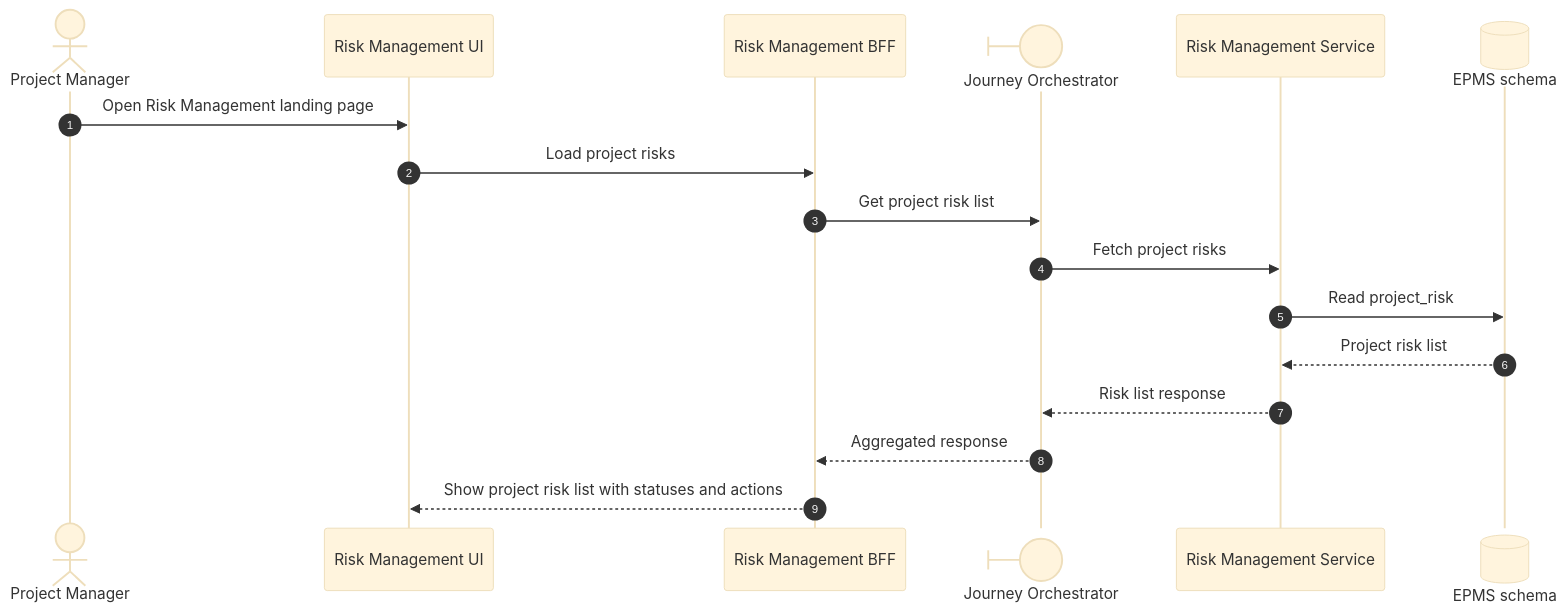
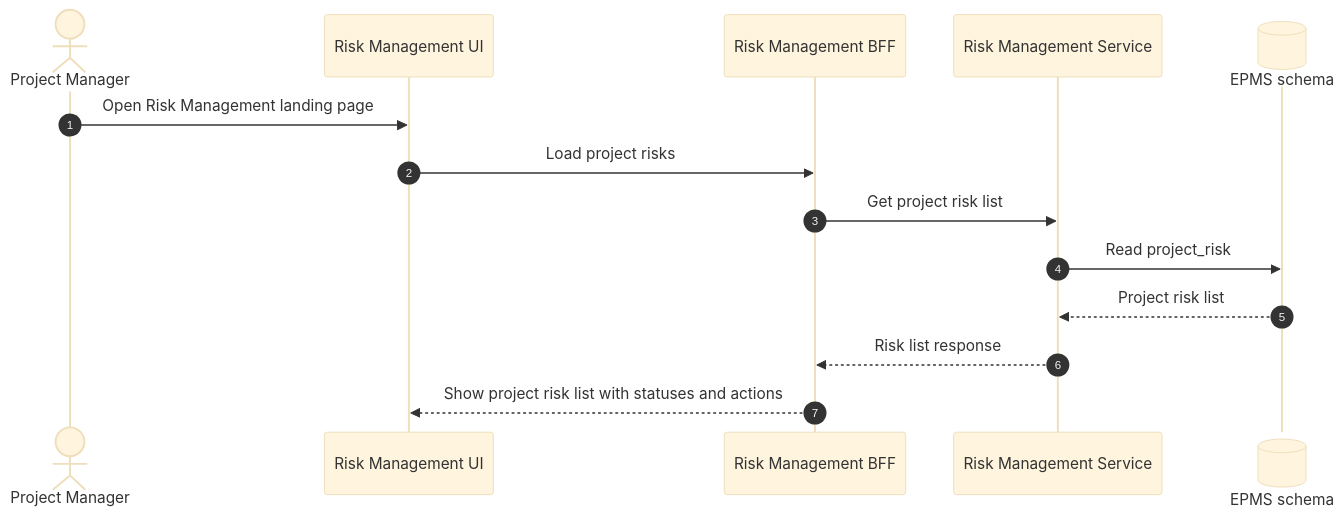
The diagram in 02 Solution Architecture/diagrams/Risk/ViewProject Risk with Archetype Prepopulation.mmd (sougata2000/epms), drawn with Mermaid before and after one commit. The commit also changed 41 other files, not shown here.

```diff
--- a/02 Solution Architecture/diagrams/Risk/ViewProject Risk with Archetype Prepopulation.mmd
+++ b/02 Solution Architecture/diagrams/Risk/ViewProject Risk with Archetype Prepopulation.mmd
@@ -1,25 +1,25 @@
 ---
 config:
   sequence: {}
   theme: base
 ---
 %%{init: {'flowchart': {'compactMode': true}}}%%
 sequenceDiagram
 autonumber
 actor PM as Project Manager
 
 participant UI as Risk Management UI
 participant BFF as Risk Management BFF
-participant ORCH@{ "type":"boundary", "alias":"Journey Orchestrator"}
+%%participant ORCH@{ "type":"boundary", "alias":"Journey Orchestrator"}
 participant RISK as Risk Management Service
 participant READDB@{ "type": "database", "alias": "EPMS schema"}
 
 PM->>UI: Open Risk Management landing page
 UI->>BFF: Load project risks
-BFF->>ORCH: Get project risk list
-ORCH->>RISK: Fetch project risks
+BFF->>RISK: Get project risk list
+%%ORCH->>RISK: Fetch project risks
 RISK->>READDB: Read project_risk
 READDB-->>RISK: Project risk list
-RISK-->>ORCH: Risk list response
-ORCH-->>BFF: Aggregated response
+RISK-->>BFF: Risk list response
+%%ORCH-->>BFF: Aggregated response
 BFF-->>UI: Show project risk list with statuses and actions
```
